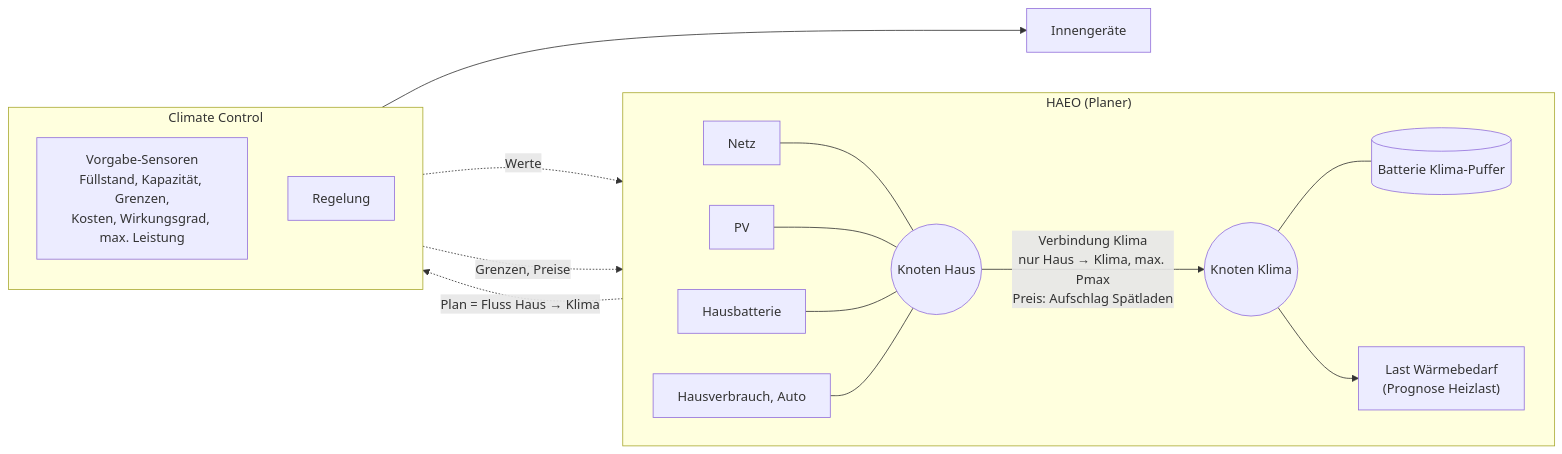
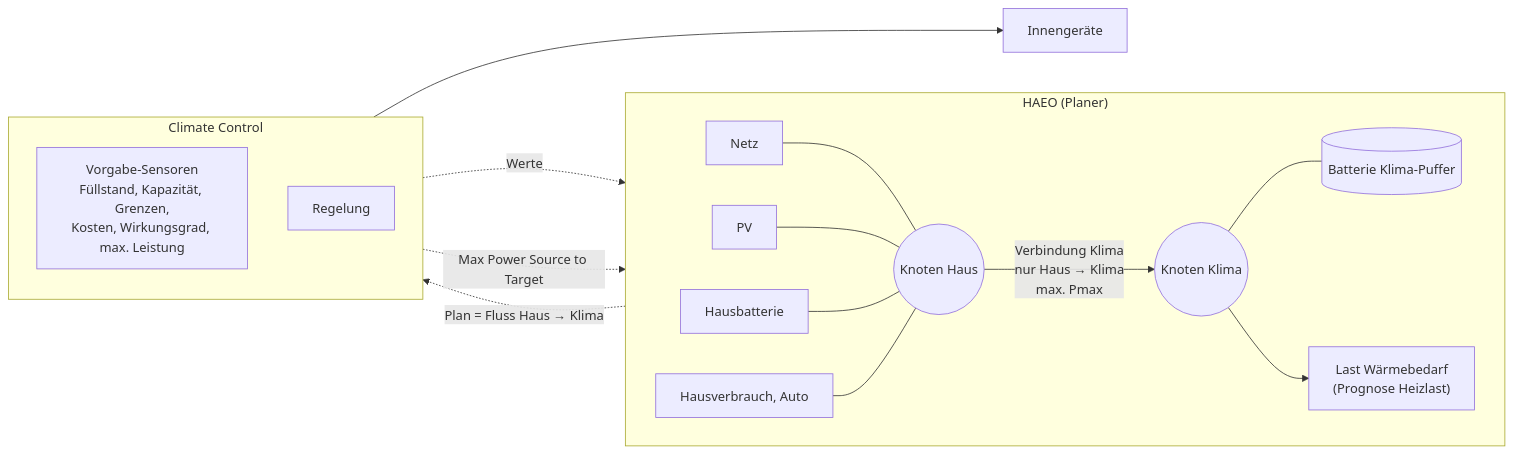
Before and after one commit to principat/ha-indirect-climate-control: the second of 2 diagrams in README.md, drawn with Mermaid. The commit also changed other lines of this file and 9 other files, not shown here.

````diff
--- a/README.md
+++ b/README.md
@@ -259,22 +266,22 @@
 ```mermaid
 flowchart LR
     subgraph haeo["HAEO (Planer)"]
         direction LR
         netz["Netz"] --- haus(("Knoten Haus"))
         pv["PV"] --- haus
         akku["Hausbatterie"] --- haus
         verbrauch["Hausverbrauch, Auto"] --- haus
-        haus -- "Verbindung Klima<br/>nur Haus → Klima, max. Pmax<br/>Preis: Aufschlag Spätladen" --> klima(("Knoten Klima"))
+        haus -- "Verbindung Klima<br/>nur Haus → Klima<br/>max. Pmax" --> klima(("Knoten Klima"))
         klima --- puffer[("Batterie Klima-Puffer")]
         klima --> waerme["Last Wärmebedarf<br/>(Prognose Heizlast)"]
     end
     subgraph cc["Climate Control"]
         direction TB
         vorgaben["Vorgabe-Sensoren<br/>Füllstand, Kapazität, Grenzen,<br/>Kosten, Wirkungsgrad, max. Leistung"]
         regelung["Regelung"]
     end
     vorgaben -. "Werte" .-> puffer
-    vorgaben -. "Grenzen, Preise" .-> klima
+    vorgaben -. "Max Power Source to Target" .-> klima
     klima -. "Plan = Fluss Haus → Klima" .-> regelung
     regelung --> geraete["Innengeräte"]
 ```
````
